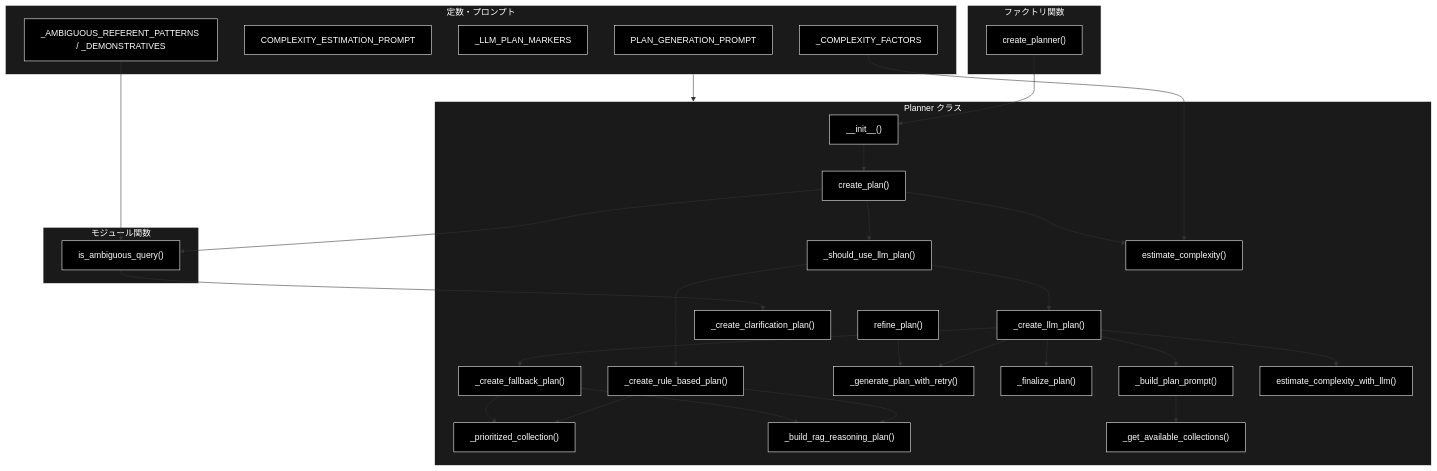
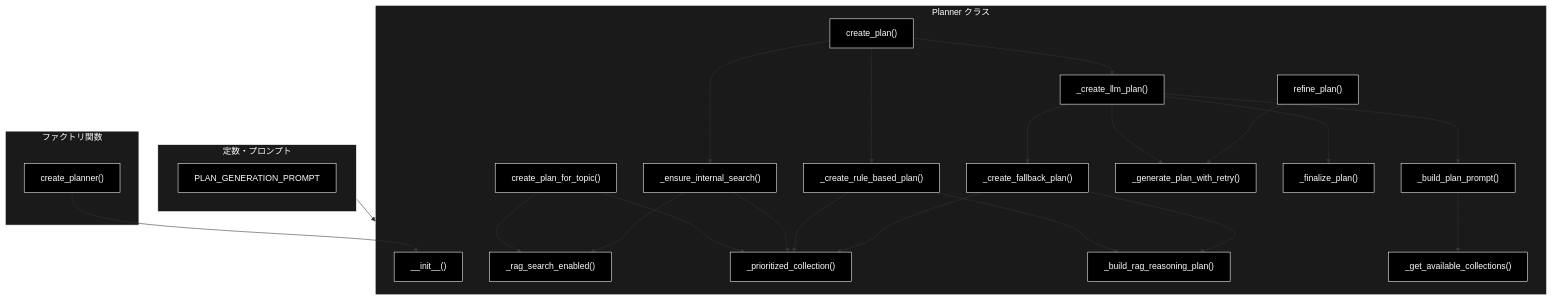
Before and after one commit to nakashima2toshio/grace_v2: the second of 3 diagrams in grace/docs/planner.md, drawn with Mermaid. The commit also changed other lines of this file and 25 other files, not shown here.

````diff
--- a/grace/docs/planner.md
+++ b/grace/docs/planner.md
@@ -137,67 +145,54 @@
 ```mermaid
 flowchart TB
     subgraph CONST["定数・プロンプト"]
         PROMPT["PLAN_GENERATION_PROMPT"]
-        CPROMPT["COMPLEXITY_ESTIMATION_PROMPT"]
-        MARKERS["_LLM_PLAN_MARKERS"]
-        FACTORS["_COMPLEXITY_FACTORS"]
-        AMBIG["_AMBIGUOUS_REFERENT_PATTERNS / _DEMONSTRATIVES"]
-    end
-
-    subgraph FUNC["モジュール関数"]
-        ISAMBIG["is_ambiguous_query()"]
     end
 
     subgraph PLANNER["Planner クラス"]
         INIT["__init__()"]
+        TOPIC["create_plan_for_topic()"]
         CREATE["create_plan()"]
-        SHOULD["_should_use_llm_plan()"]
+        ENSURE["_ensure_internal_search()"]
+        RAGON["_rag_search_enabled()"]
         PRIOR["_prioritized_collection()"]
         BUILDRAG["_build_rag_reasoning_plan()"]
         RULE["_create_rule_based_plan()"]
         BUILDPROMPT["_build_plan_prompt()"]
         GENRETRY["_generate_plan_with_retry()"]
         FINALIZE["_finalize_plan()"]
         LLMPLAN["_create_llm_plan()"]
-        CLARIFY["_create_clarification_plan()"]
         FALLBACK["_create_fallback_plan()"]
         GETCOLL["_get_available_collections()"]
-        EST["estimate_complexity()"]
-        ESTLLM["estimate_complexity_with_llm()"]
         REFINE["refine_plan()"]
     end
 
     subgraph FACTORY["ファクトリ関数"]
         CREATEP["create_planner()"]
     end
 
     CONST --> PLANNER
-    AMBIG --> ISAMBIG
-    FACTORS --> EST
     CREATEP --> INIT
-    INIT --> CREATE
-    CREATE --> ISAMBIG
-    ISAMBIG --> CLARIFY
-    CREATE --> EST
-    CREATE --> SHOULD
-    SHOULD --> RULE
-    SHOULD --> LLMPLAN
+    TOPIC --> RAGON
+    TOPIC --> PRIOR
+    CREATE --> RULE
+    CREATE --> LLMPLAN
+    CREATE --> ENSURE
+    ENSURE --> RAGON
+    ENSURE --> PRIOR
     RULE --> PRIOR
     RULE --> BUILDRAG
-    LLMPLAN --> ESTLLM
     LLMPLAN --> BUILDPROMPT
     LLMPLAN --> GENRETRY
     LLMPLAN --> FINALIZE
     LLMPLAN --> FALLBACK
     BUILDPROMPT --> GETCOLL
     REFINE --> GENRETRY
     FALLBACK --> PRIOR
     FALLBACK --> BUILDRAG
 classDef default fill:#000,stroke:#fff,color:#fff
 classDef subgraphStyle fill:#1a1a1a,stroke:#fff,color:#fff
-class PROMPT,CPROMPT,MARKERS,FACTORS,AMBIG,ISAMBIG,INIT,CREATE,SHOULD,PRIOR,BUILDRAG,RULE,BUILDPROMPT,GENRETRY,FINALIZE,LLMPLAN,CLARIFY,FALLBACK,GETCOLL,EST,ESTLLM,REFINE,CREATEP default
+class PROMPT,INIT,TOPIC,CREATE,ENSURE,RAGON,PRIOR,BUILDRAG,RULE,BUILDPROMPT,GENRETRY,FINALIZE,LLMPLAN,FALLBACK,GETCOLL,REFINE,CREATEP default
 style CONST fill:#1a1a1a,stroke:#fff,color:#fff
-style FUNC fill:#1a1a1a,stroke:#fff,color:#fff
 style PLANNER fill:#1a1a1a,stroke:#fff,color:#fff
 style FACTORY fill:#1a1a1a,stroke:#fff,color:#fff
 ```
````
